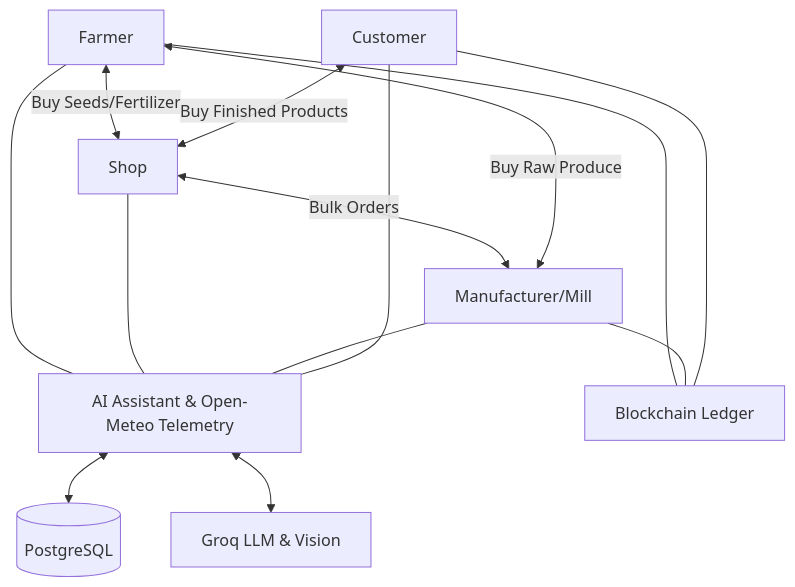
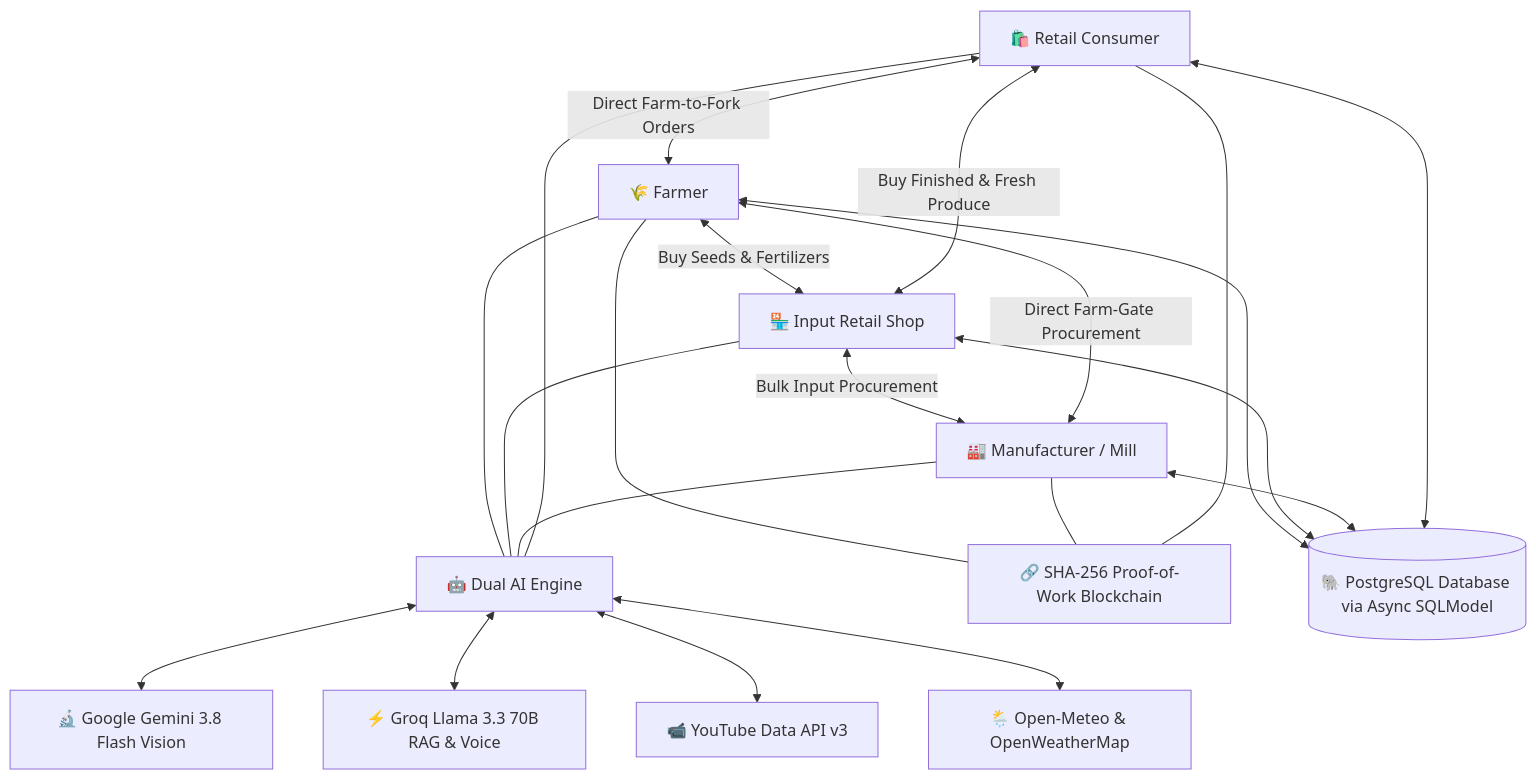
One commit to vinaykumarnethavath/AgriFlow.ai changed the first of 2 diagrams in FEATURES_AND_PLANS.md. Above: the diagram before and after it, drawn with Mermaid. The commit also changed other lines of this file, not shown here.

Commit message:
docs: comprehensive update to FEATURES_AND_PLANS.md covering full 42+ module suite, Gemini 3.8 Flash Vision, 5-Year demo ecosystem, and phased roadmap

````diff
--- a/FEATURES_AND_PLANS.md
+++ b/FEATURES_AND_PLANS.md
@@ -12,16 +13,27 @@
 ```mermaid
 graph TD
-    F[Farmer] <--> |Buy Seeds/Fertilizer| S[Shop]
-    S <--> |Bulk Orders| M[Manufacturer/Mill]
-    M <--> |Buy Raw Produce| F
-    C[Customer] <--> |Buy Finished Products| S
-    F --- AI[AI Assistant & Open-Meteo Telemetry]
+    F[🌾 Farmer] <--> |Buy Seeds & Fertilizers| S[🏪 Input Retail Shop]
+    S <--> |Bulk Input Procurement| M[🏭 Manufacturer / Mill]
+    M <--> |Direct Farm-Gate Procurement| F
+    C[🛍️ Retail Consumer] <--> |Buy Finished & Fresh Produce| S
+    C <--> |Direct Farm-to-Fork Orders| F
+    
+    F --- AI[🤖 Dual AI Engine]
     S --- AI
     M --- AI
     C --- AI
-    AI <--> DB[(PostgreSQL)]
-    AI <--> LLM[Groq LLM & Vision]
-    F --- BC[Blockchain Ledger]
+    
+    AI <--> GEMINI[🔬 Google Gemini 3.8 Flash Vision]
+    AI <--> GROQ[⚡ Groq Llama 3.3 70B RAG & Voice]
+    AI <--> YT[📹 YouTube Data API v3]
+    AI <--> WX[🌦️ Open-Meteo & OpenWeatherMap]
+    
+    F --- BC[🔗 SHA-256 Proof-of-Work Blockchain]
     M --- BC
     C --- BC
+    
+    F <--> DB[(🐘 PostgreSQL Database via Async SQLModel)]
+    S <--> DB
+    M <--> DB
+    C <--> DB
 ```
````
